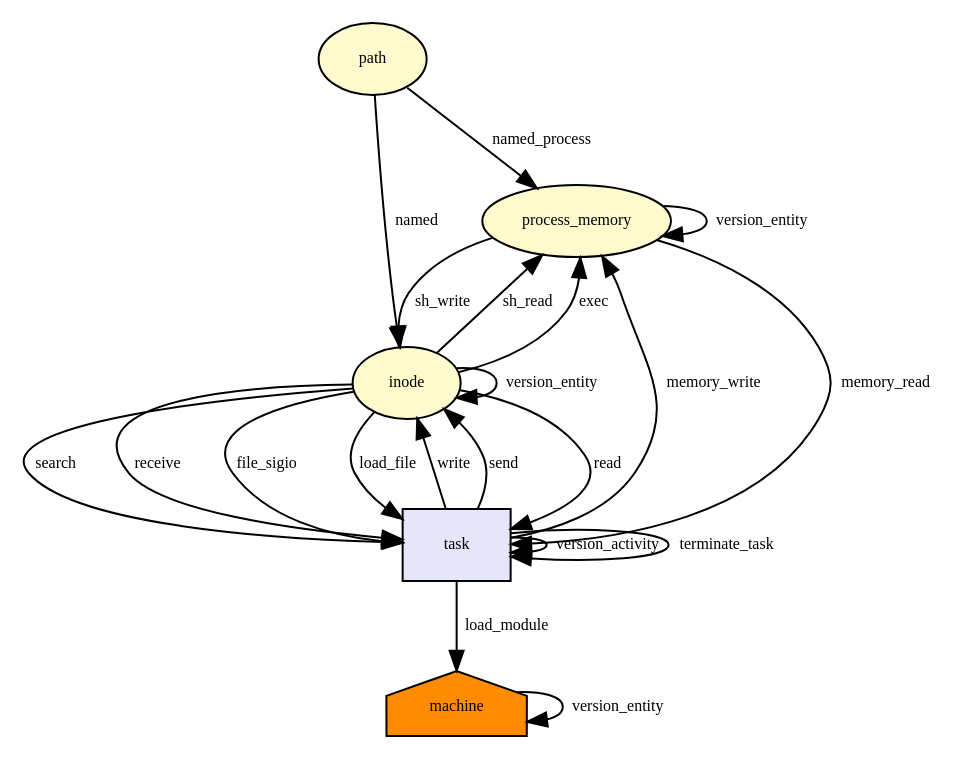
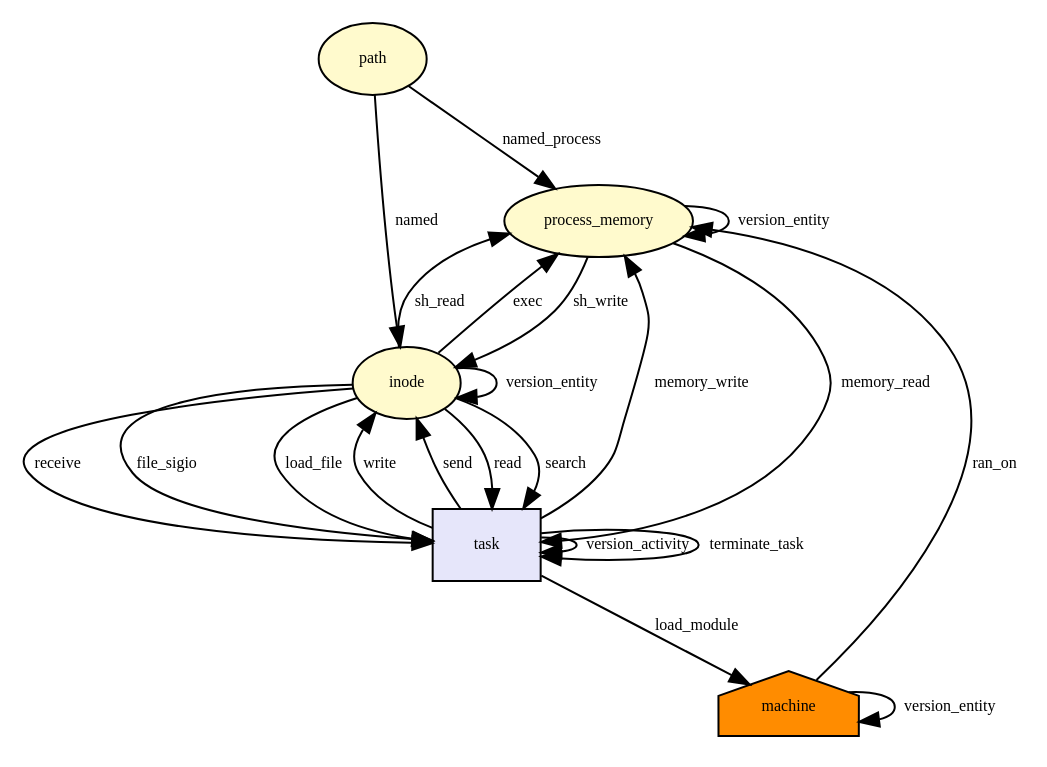
The diagram in docs/dot/__x64_sys_kexec_file_load.dot (CamFlow/camflow-dev), drawn with Graphviz before and after one commit. The commit also changed 239 other files, not shown here.

```diff
--- a/docs/dot/__x64_sys_kexec_file_load.dot
+++ b/docs/dot/__x64_sys_kexec_file_load.dot
@@ -1,51 +1,53 @@
 digraph RGL__DirectedAdjacencyGraph {path[fontsize = 8,label = path,shape = ellipse, fillcolor="#fffacd", style = filled]
 
 process_memory[fontsize = 8,label = process_memory,shape = ellipse, fillcolor="#fffacd", style = filled]
 
 path -> process_memory[fontsize = 8,label = named_process]
+
+machine[fontsize = 8,label = machine,shape = house, fillcolor="#ff8c00", style = filled]
+
+machine -> process_memory[fontsize = 8,label = ran_on]
 
 inode[fontsize = 8,label = inode,shape = ellipse, fillcolor="#fffacd", style = filled]
 
 path -> inode[fontsize = 8,label = named]
 
 task[fontsize = 8,label = task,shape = rectangle, fillcolor="#e6e6fa", style = filled]
 
 process_memory -> task[fontsize = 8,label = memory_read]
 
 task -> inode[fontsize = 8,label = write]
 
 task -> task[fontsize = 8,label = version_activity]
 
 inode -> inode[fontsize = 8,label = version_entity]
 
 inode -> process_memory[fontsize = 8,label = sh_read]
 
 process_memory -> process_memory[fontsize = 8,label = version_entity]
 
 inode -> task[fontsize = 8,label = read]
 
 task -> process_memory[fontsize = 8,label = memory_write]
 
 process_memory -> inode[fontsize = 8,label = sh_write]
 
 inode -> task[fontsize = 8,label = search]
 
 task -> inode[fontsize = 8,label = send]
 
 inode -> task[fontsize = 8,label = receive]
 
 inode -> process_memory[fontsize = 8,label = exec]
 
 inode -> task[fontsize = 8,label = file_sigio]
 
 inode -> task[fontsize = 8,label = load_file]
 
-machine[fontsize = 8,label = machine,shape = house, fillcolor="#ff8c00", style = filled]
-
 task -> machine[fontsize = 8,label = load_module]
 
 machine -> machine[fontsize = 8,label = version_entity]
 
 task -> task[fontsize = 8,label = terminate_task]
 
 }
```
